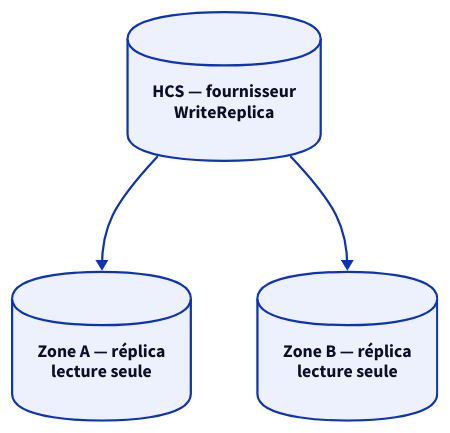
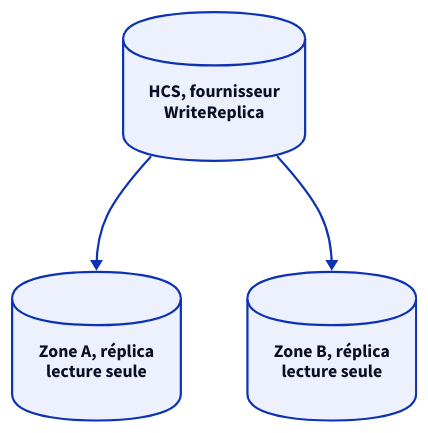
Before and after one commit to darkone-linux/dnf-doc: the diagram in src/content/docs/fr/doc/admin-guide/operate/sso.mdx, drawn with D2. The commit also changed other lines of this file and 27 other files, not shown here.

````diff
--- a/src/content/docs/fr/doc/admin-guide/operate/sso.mdx
+++ b/src/content/docs/fr/doc/admin-guide/operate/sso.mdx
@@ -88,11 +88,11 @@
 ```d2
 style.fill: transparent
 direction: down
 
-hcs: HCS — fournisseur\nWriteReplica { shape: cylinder }
-gwa: Zone A — réplica\nlecture seule { shape: cylinder }
-gwb: Zone B — réplica\nlecture seule { shape: cylinder }
+hcs: HCS, fournisseur\nWriteReplica { shape: cylinder }
+gwa: Zone A, réplica\nlecture seule { shape: cylinder }
+gwb: Zone B, réplica\nlecture seule { shape: cylinder }
 
 hcs -> gwa
 hcs -> gwb
 ```
````
